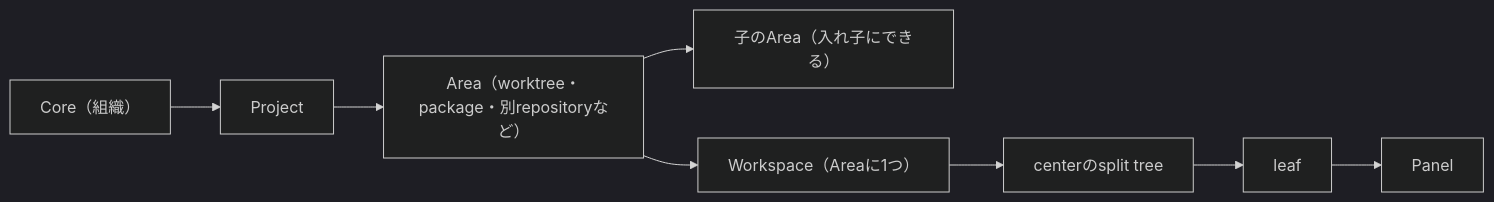
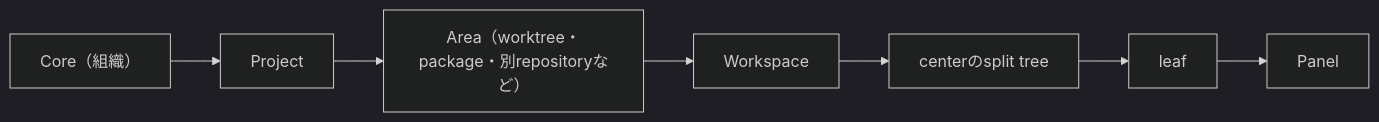
One commit to naatin777/plugumi changed the first of 2 diagrams in docs/designs/00004-web-plugin-screen-hierarchy.md. Above: the diagram before and after it, drawn with Mermaid (dark theme). The commit also changed other lines of this file and 321 other files, not shown here.

````diff
--- a/docs/designs/00004-web-plugin-screen-hierarchy.md
+++ b/docs/designs/00004-web-plugin-screen-hierarchy.md
@@ -22,10 +26,9 @@
 ```mermaid
 flowchart LR
     Core["Core（組織）"] --> Project["Project"]
     Project --> Area["Area（worktree・package・別repositoryなど）"]
-    Area --> Child["子のArea（入れ子にできる）"]
-    Area --> Workspace["Workspace（Areaに1つ）"]
+    Area --> Workspace["Workspace"]
     Workspace --> Center["centerのsplit tree"]
     Center --> Leaf["leaf"]
     Leaf --> Panel["Panel"]
 ```
````
